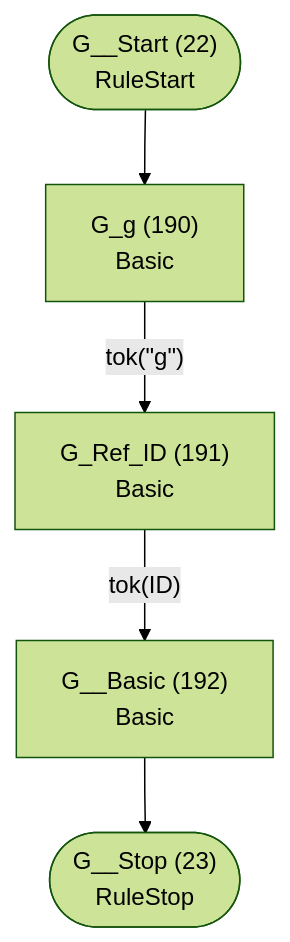
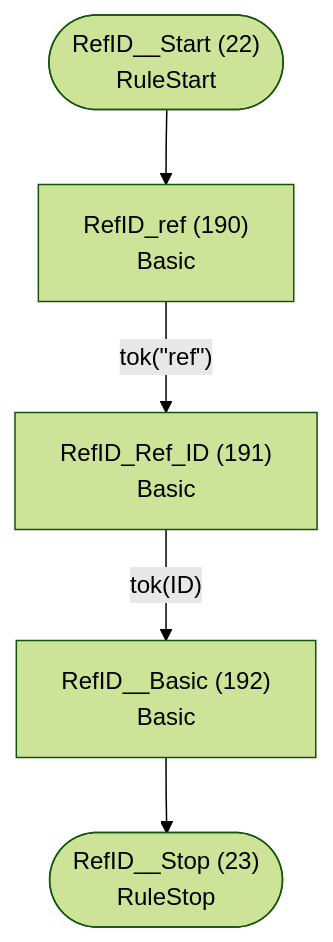
One commit to TypeFox/fastbelt changed diagram 12 of 41 in internal/languages/completion/atn.md. Above: the diagram before and after it, drawn with Mermaid (forest theme). The commit also changed other lines of this file and 11 other files, not shown here.

````diff
--- a/internal/languages/completion/atn.md
+++ b/internal/languages/completion/atn.md
@@ -362,13 +362,13 @@
 ```mermaid
 flowchart TD
-    q22(["G__Start (22)<br/>RuleStart"])
-    q23(["G__Stop (23)<br/>RuleStop"])
-    q190["G_g (190)<br/>Basic<br/>"]
-    q191["G_Ref_ID (191)<br/>Basic<br/>"]
-    q192["G__Basic (192)<br/>Basic<br/>"]
+    q22(["RefID__Start (22)<br/>RuleStart"])
+    q23(["RefID__Stop (23)<br/>RuleStop"])
+    q190["RefID_ref (190)<br/>Basic<br/>"]
+    q191["RefID_Ref_ID (191)<br/>Basic<br/>"]
+    q192["RefID__Basic (192)<br/>Basic<br/>"]
 
     q22 --> q190
-    q190 -->|"tok(&quot;g&quot;)"| q191
+    q190 -->|"tok(&quot;ref&quot;)"| q191
     q191 -->|"tok(ID)"| q192
     q192 --> q23
 ```
````
